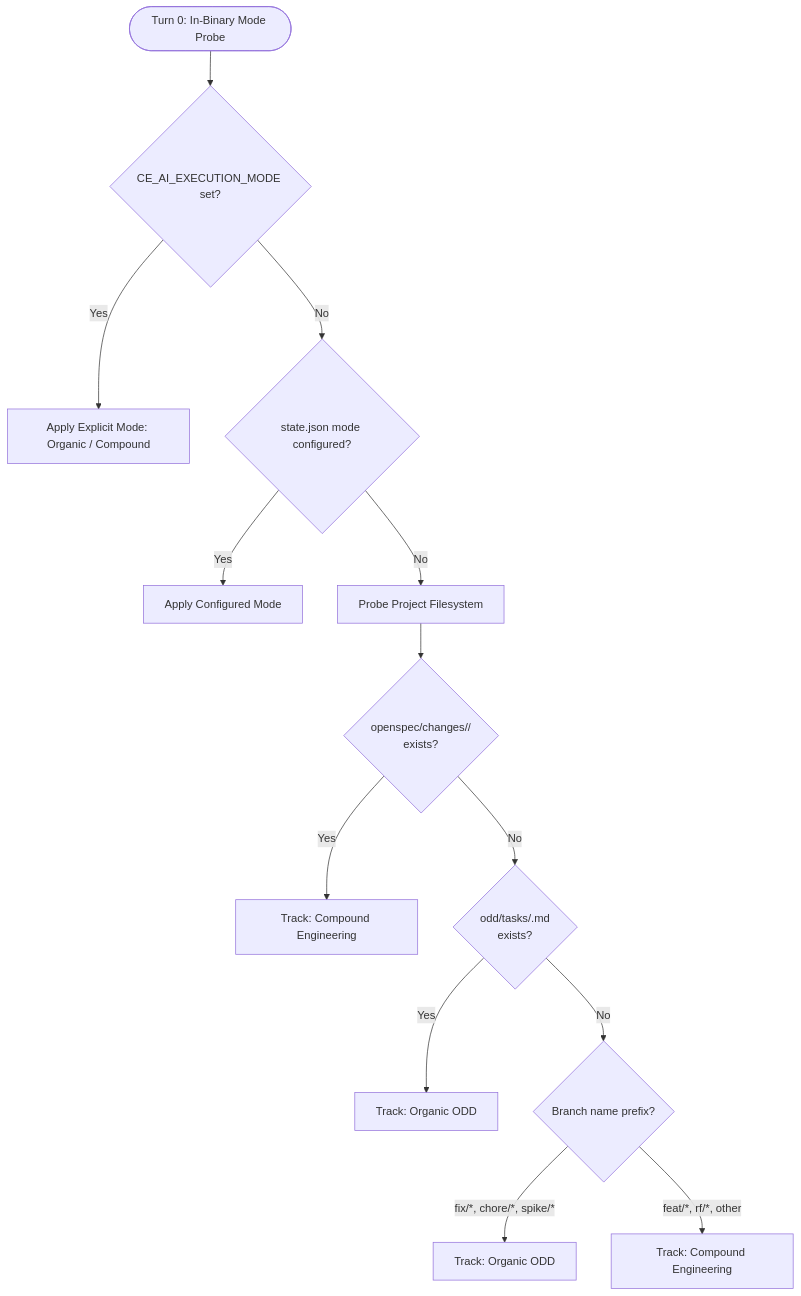
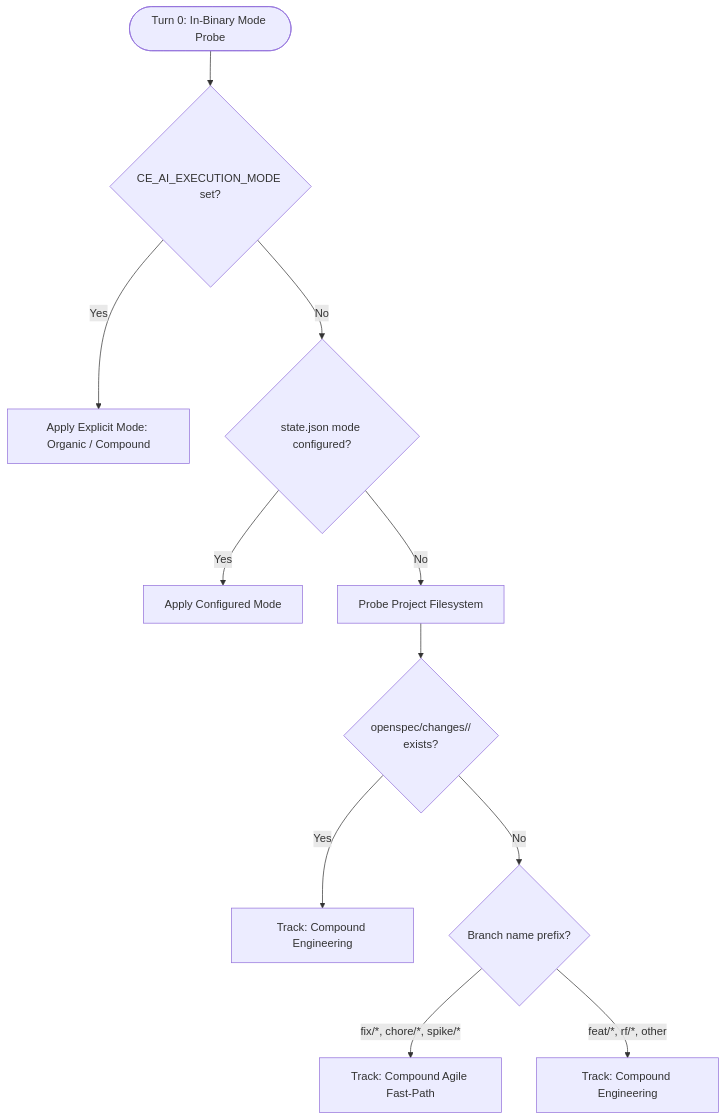
The first of 3 diagrams in docs/user-guide/odd-fast-path-and-graduation-masterclass.md (mastepanoski/ce-ai), drawn with Mermaid before and after one commit. The commit also changed other lines of this file and 17 other files, not shown here.

First line of the commit message:
feat(workflow): align agile fast-path with compound engineering and deprecate odd tasks (#492)

````diff
--- a/docs/user-guide/odd-fast-path-and-graduation-masterclass.md
+++ b/docs/user-guide/odd-fast-path-and-graduation-masterclass.md
@@ -49,17 +51,15 @@
 ```mermaid
 flowchart TD
     Start([Turn 0: In-Binary Mode Probe]) --> EnvCheck{CE_AI_EXECUTION_MODE set?}
     EnvCheck -- Yes --> EnvApply[Apply Explicit Mode: Organic / Compound]
     EnvCheck -- No --> StateCheck{state.json mode configured?}
     StateCheck -- Yes --> StateApply[Apply Configured Mode]
     StateCheck -- No --> DiskProbe[Probe Project Filesystem]
 
     DiskProbe --> SpecExists{openspec/changes/<branch>/<br/>exists?}
     SpecExists -- Yes --> TrackCompound[Track: Compound Engineering]
-    SpecExists -- No --> OddExists{odd/tasks/<branch>.md<br/>exists?}
-    OddExists -- Yes --> TrackOrganic[Track: Organic ODD]
-    OddExists -- No --> BranchCheck{Branch name prefix?}
+    SpecExists -- No --> BranchCheck{Branch name prefix?}
 
-    BranchCheck -- fix/*, chore/*, spike/* --> TrackOrganicAuto[Track: Organic ODD]
+    BranchCheck -- fix/*, chore/*, spike/* --> TrackFastPath[Track: Compound Agile Fast-Path]
     BranchCheck -- feat/*, rf/*, other --> TrackCompoundAuto[Track: Compound Engineering]
 ```
````
